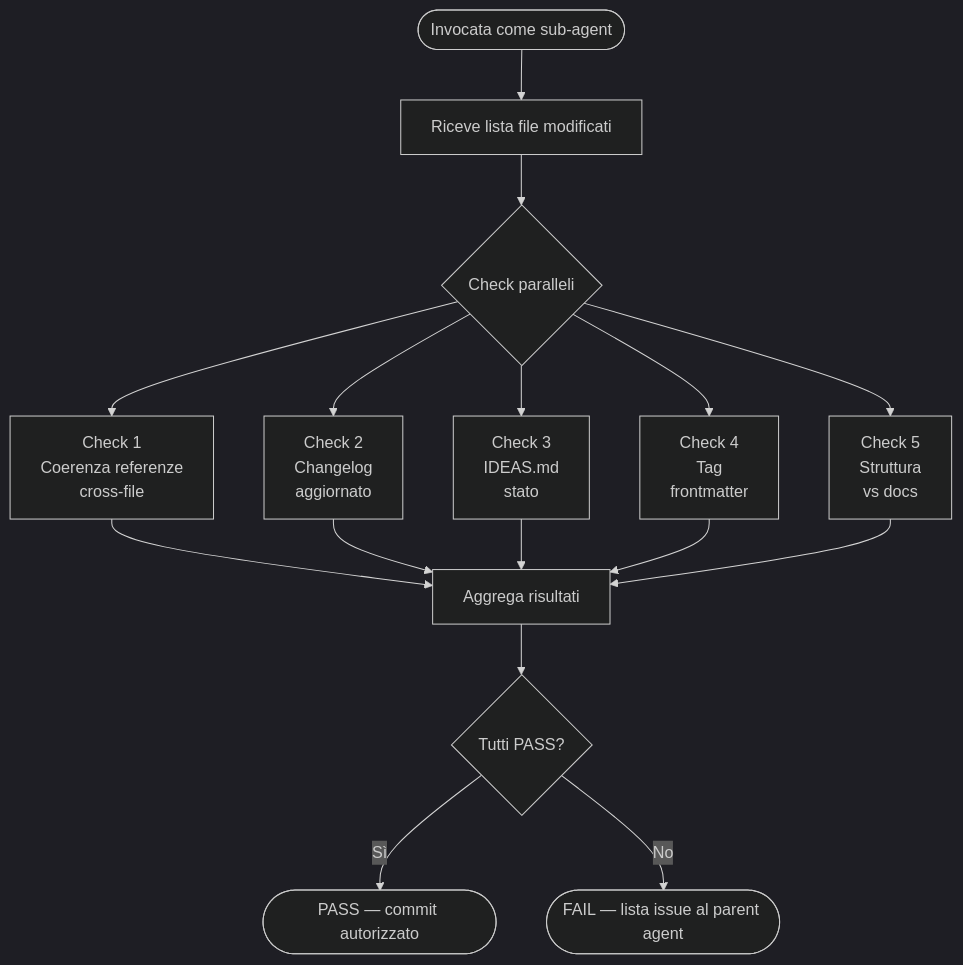
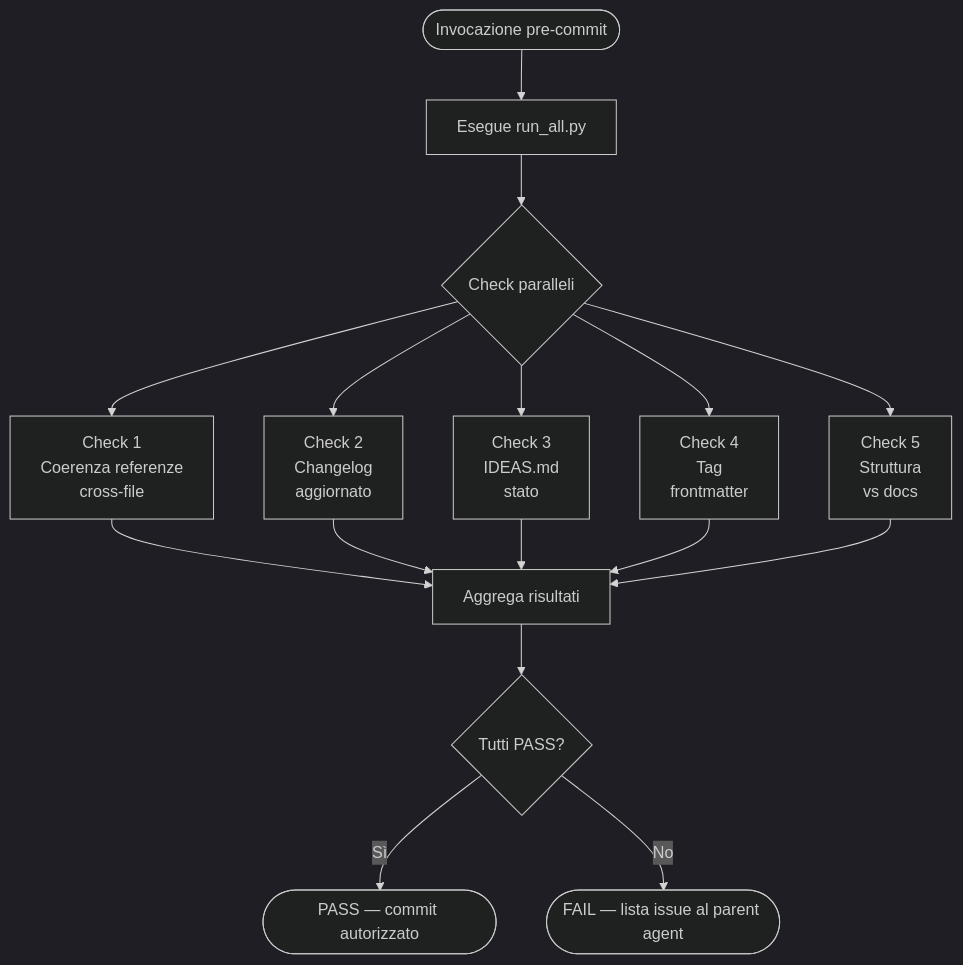
Diagram 15 of 15 in docs/skills.md (SimoneBriganteLaif/SimoneAI), drawn with Mermaid (dark theme) before and after one commit. The commit also changed other lines of this file and 6 other files, not shown here.

````diff
--- a/docs/skills.md
+++ b/docs/skills.md
@@ -492,16 +492,16 @@
 ```mermaid
 flowchart TD
-    START([Invocata come sub-agent]) --> INPUT[Riceve lista file modificati]
-    INPUT --> PAR{Check paralleli}
+    START([Invocazione pre-commit]) --> SCRIPT[Esegue run_all.py]
+    SCRIPT --> PAR{Check paralleli}
 
     PAR --> C1[Check 1\nCoerenza referenze\ncross-file]
     PAR --> C2[Check 2\nChangelog\naggiornato]
     PAR --> C3[Check 3\nIDEAS.md\nstato]
     PAR --> C4[Check 4\nTag\nfrontmatter]
     PAR --> C5[Check 5\nStruttura\nvs docs]
 
     C1 & C2 & C3 & C4 & C5 --> MERGE[Aggrega risultati]
     MERGE --> RESULT{Tutti PASS?}
     RESULT -->|Sì| PASS([PASS — commit autorizzato])
     RESULT -->|No| FAIL([FAIL — lista issue al parent agent])
 ```
````
